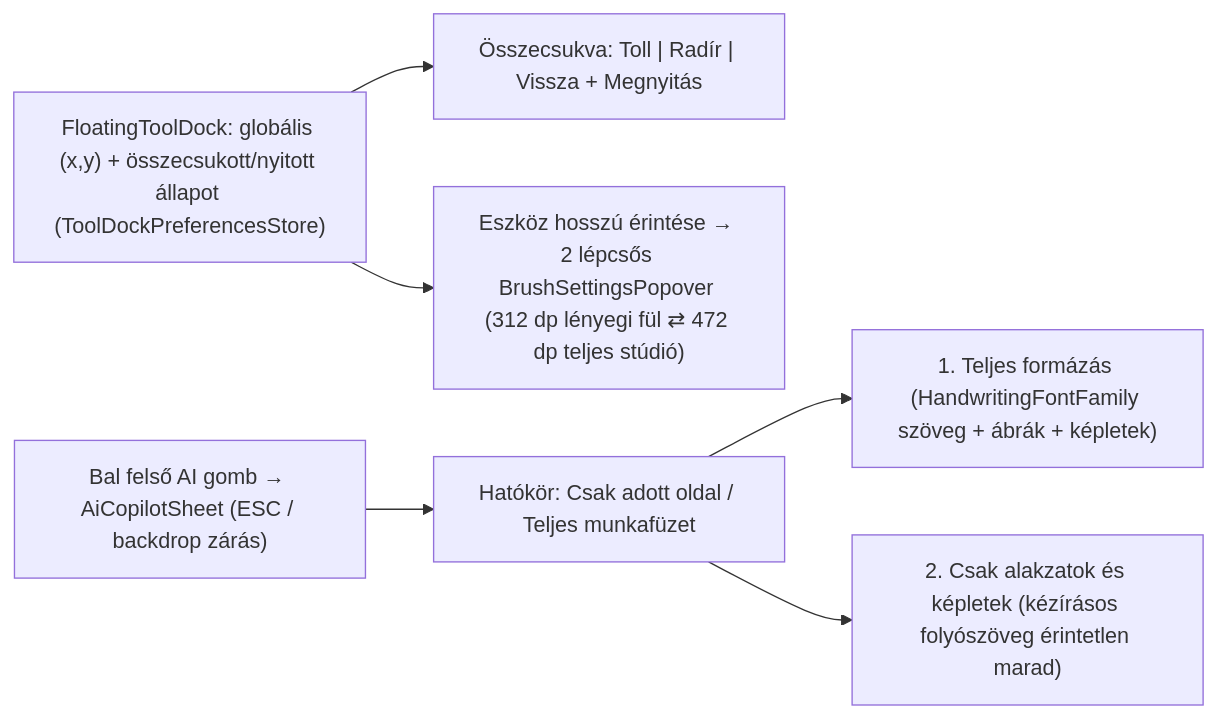
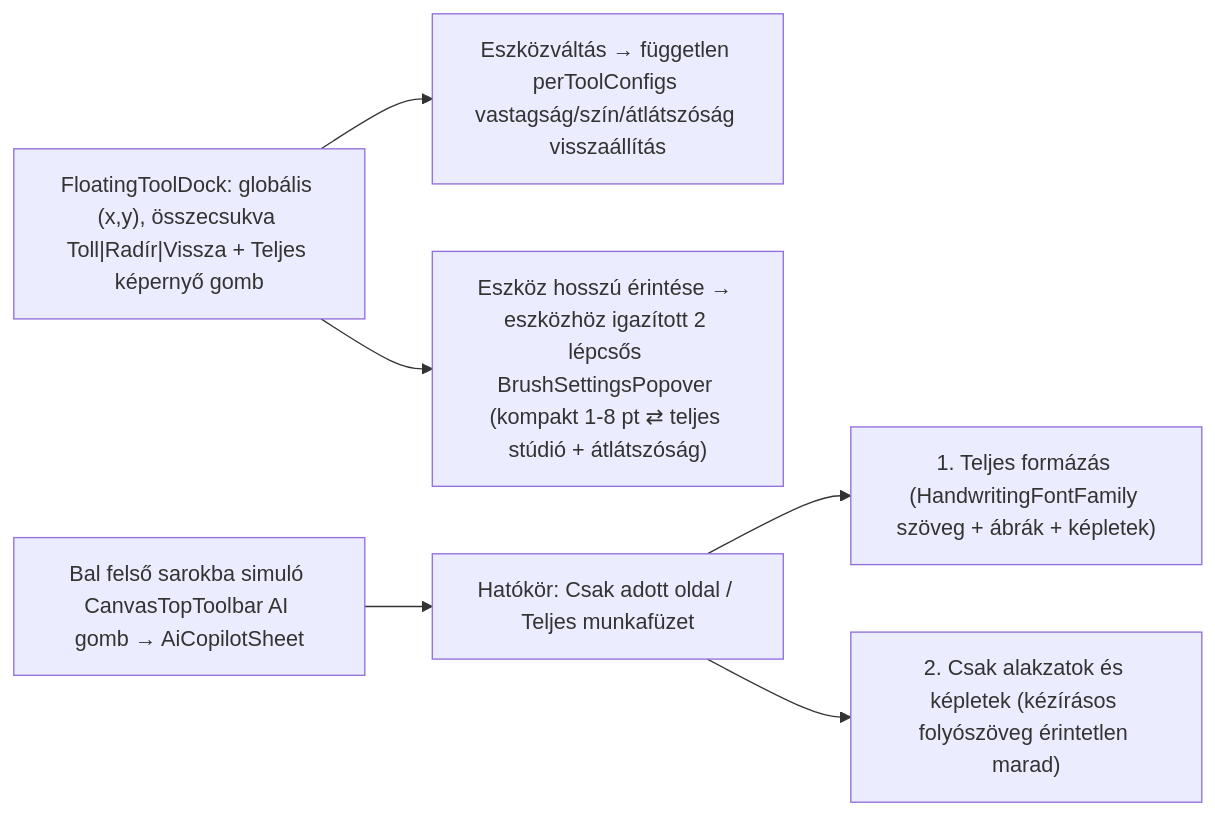
Before and after one commit to Fruktoz0/Stylusnote: the sixth of 7 diagrams in docs/user_journeys.md, drawn with Mermaid. The commit also changed other lines of this file and 29 other files, not shown here.

````diff
--- a/docs/user_journeys.md
+++ b/docs/user_journeys.md
@@ -105,8 +104,8 @@
 ```mermaid
 flowchart LR
-    T1["FloatingToolDock: globális (x,y) + összecsukott/nyitott állapot (ToolDockPreferencesStore)"] --> T2["Összecsukva: Toll | Radír | Vissza + Megnyitás"]
-    T1 --> T3["Eszköz hosszú érintése → 2 lépcsős BrushSettingsPopover (312 dp lényegi fül ⇄ 472 dp teljes stúdió)"]
-    A1["Bal felső AI gomb → AiCopilotSheet (ESC / backdrop zárás)"] --> A2["Hatókör: Csak adott oldal / Teljes munkafüzet"]
+    T1["FloatingToolDock: globális (x,y), összecsukva Toll|Radír|Vissza + Teljes képernyő gomb"] --> T2["Eszközváltás → független perToolConfigs vastagság/szín/átlátszóság visszaállítás"]
+    T1 --> T3["Eszköz hosszú érintése → eszközhöz igazított 2 lépcsős BrushSettingsPopover (kompakt 1-8 pt ⇄ teljes stúdió + átlátszóság)"]
+    A1["Bal felső sarokba simuló CanvasTopToolbar AI gomb → AiCopilotSheet"] --> A2["Hatókör: Csak adott oldal / Teljes munkafüzet"]
     A2 --> A3["1. Teljes formázás (HandwritingFontFamily szöveg + ábrák + képletek)"]
     A2 --> A4["2. Csak alakzatok és képletek (kézírásos folyószöveg érintetlen marad)"]
 ```
````
